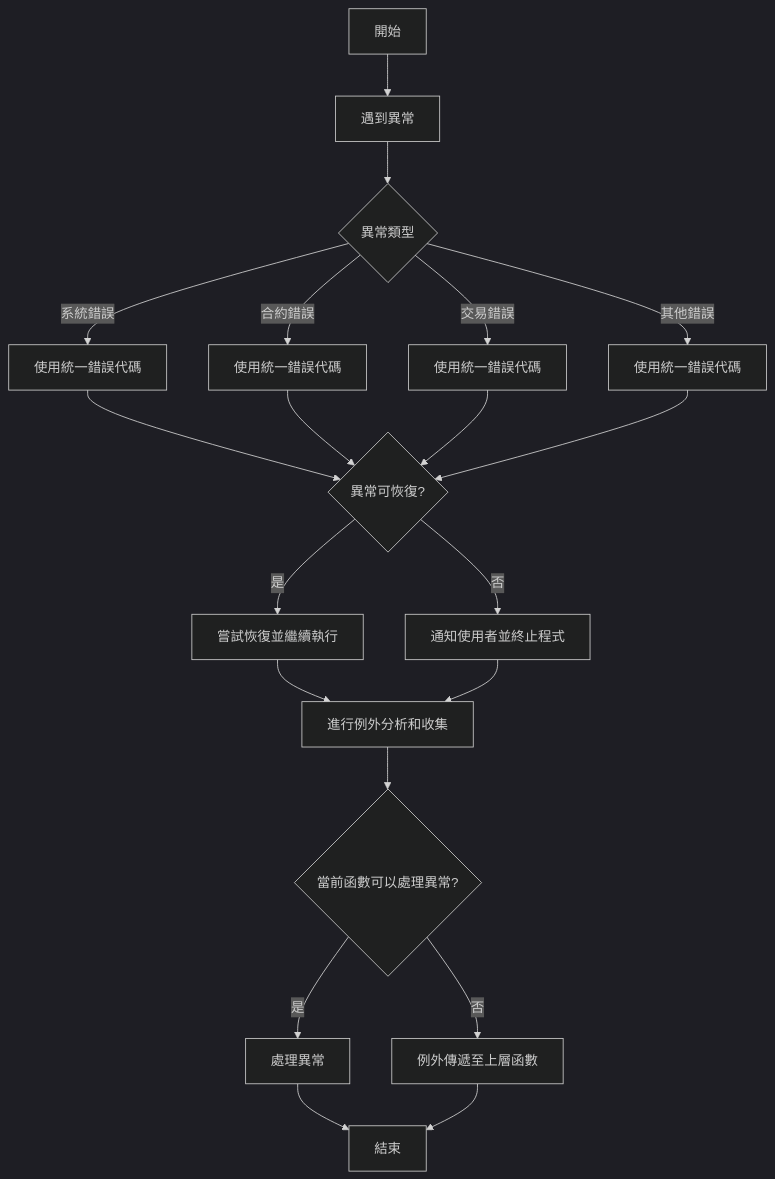
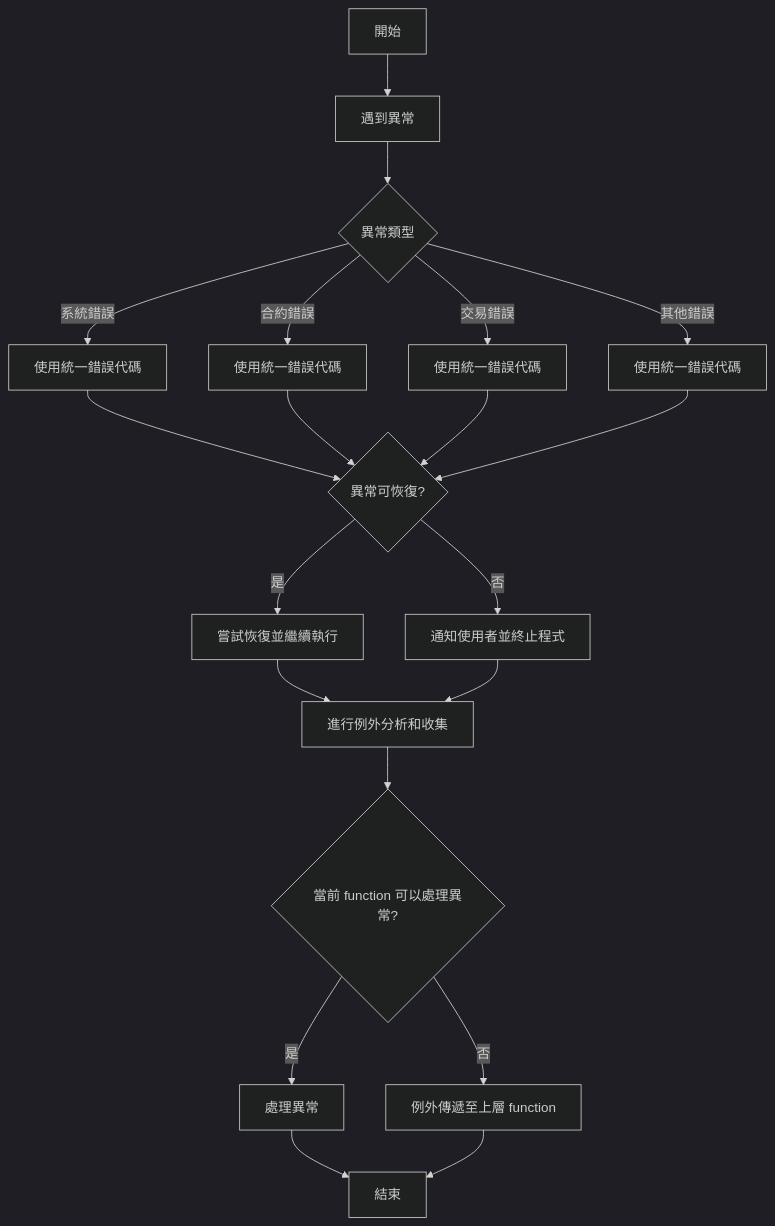
Before and after one commit to CAFECA-IO/KnowledgeManagement: the diagram in TideBit-DeFi/error_handling.md, drawn with Mermaid (dark theme). The commit also changed other lines of this file, not shown here.

````diff
--- a/TideBit-DeFi/error_handling.md
+++ b/TideBit-DeFi/error_handling.md
@@ -116,22 +116,22 @@
 ```mermaid
 graph TD
     A[開始] --> B[遇到異常]
     B --> C{異常類型}
     C -->|系統錯誤| D[使用統一錯誤代碼]
     C -->|合約錯誤| E[使用統一錯誤代碼]
     C -->|交易錯誤| F[使用統一錯誤代碼]
     C -->|其他錯誤| G[使用統一錯誤代碼]
     D --> H{異常可恢復?}
     E --> H
     F --> H
     G --> H
     H -->|是| I[嘗試恢復並繼續執行]
     H -->|否| J[通知使用者並終止程式]
     I --> K[進行例外分析和收集]
     J --> K
-    K --> L{當前函數可以處理異常?}
+    K --> L{當前 function 可以處理異常?}
     L -->|是| M[處理異常]
-    L -->|否| N[例外傳遞至上層函數]
+    L -->|否| N[例外傳遞至上層 function ]
     M --> O[結束]
     N --> O
 ```
````
